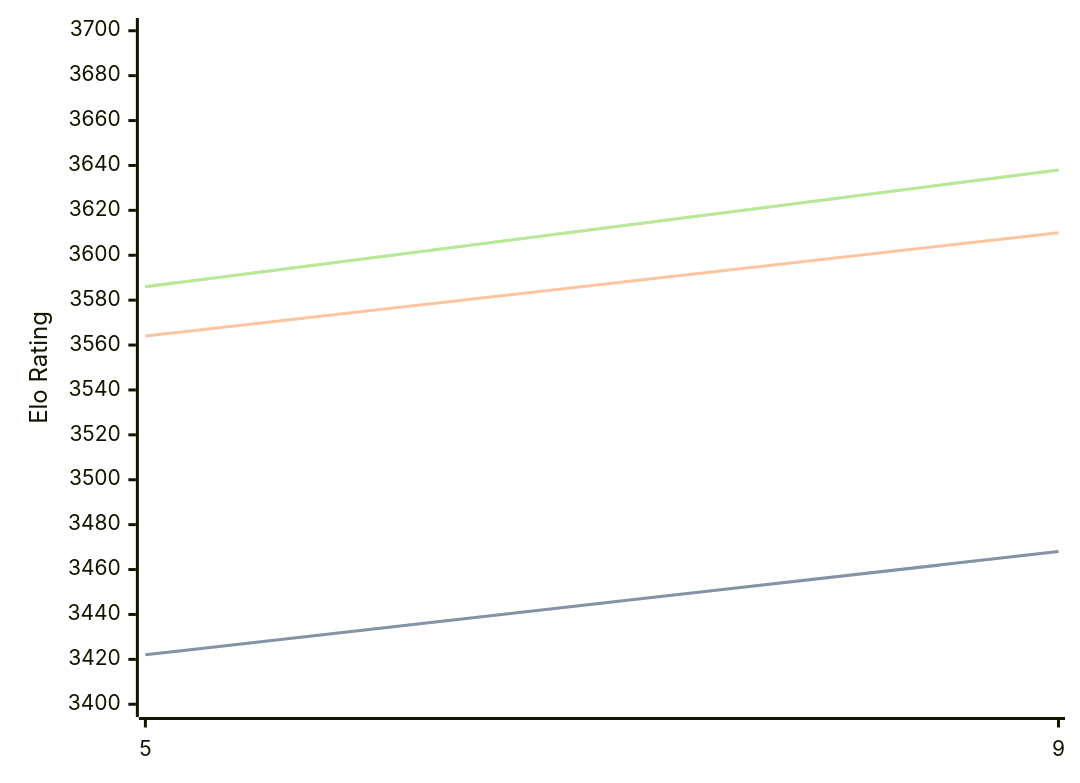
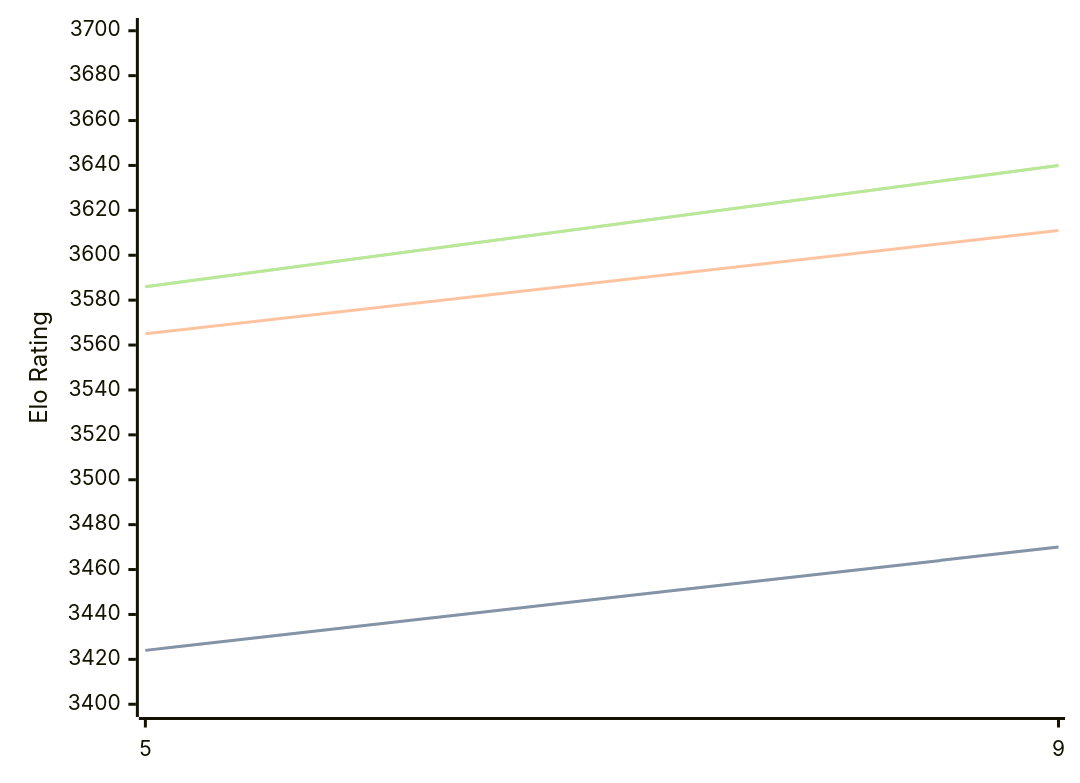
One commit to computer-chess-index/cci changed the diagram in engines/Crystal.md. Above: the diagram before and after it, drawn with Mermaid. The commit also changed other lines of this file, not shown here.

Commit message:
Update CCI Ratings (ELO VLTC) - 2026-05-04

````diff
--- a/engines/Crystal.md
+++ b/engines/Crystal.md
@@ -60,11 +60,11 @@
 ```mermaid
 %%{init: {"theme":"base","themeVariables":{"seriesColors:['#a3a3a3','#222221','#faa371']}}}%%
 xychart-beta
   x-axis ["5", "9"]
   y-axis "Elo Rating" 3400 --> 3700
-  line "STC (8.0+0.08s)" [3422, 3468]
-  line "STC (8.0+0.08s)" [3422, 3468]
-  line "LTC (60.0+0.60s)" [3564, 3610]
-  line "VLTC (2m24s+1.12s)" [3586, 3638]
-  line "VLTC (2m24s+1.12s)" [3586, 3638]
+  line "STC (8.0+0.08s)" [3424, 3470]
+  line "STC (8.0+0.08s)" [3424, 3470]
+  line "LTC (60.0+0.60s)" [3565, 3611]
+  line "VLTC (2m24s+1.12s)" [3586, 3640]
+  line "VLTC (2m24s+1.12s)" [3586, 3640]
 ```
````
